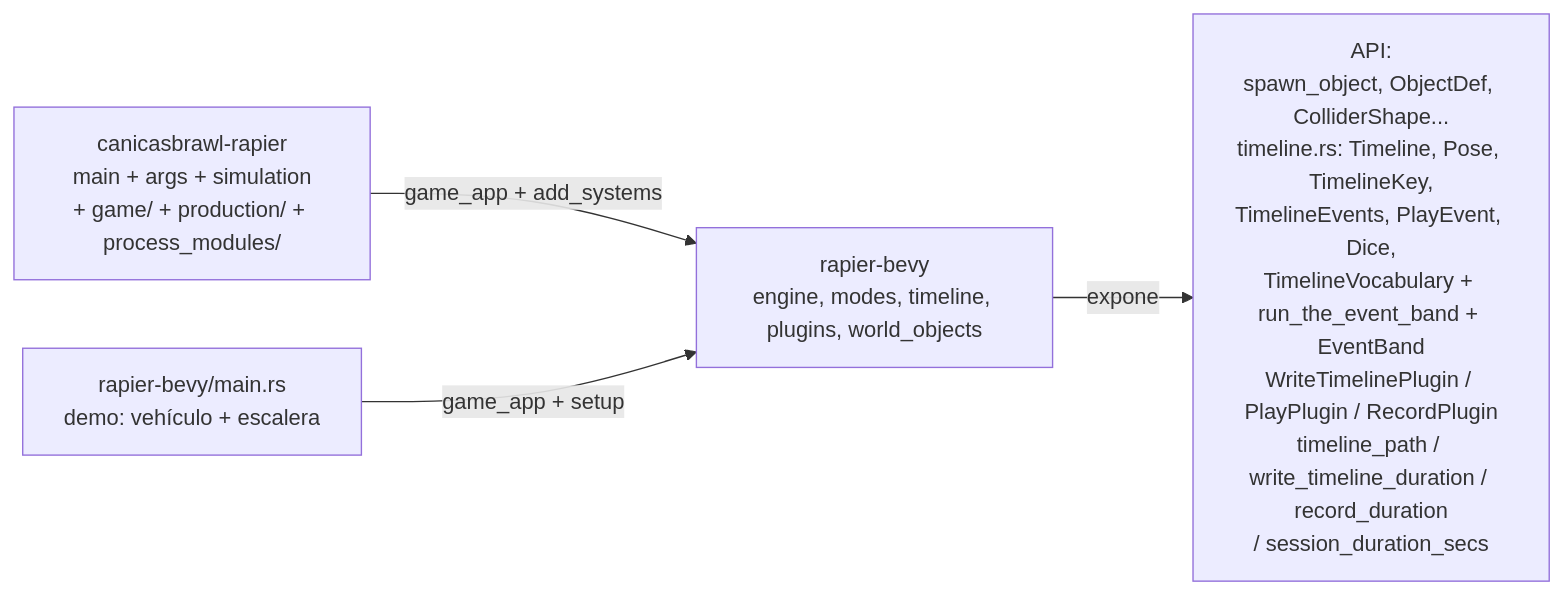
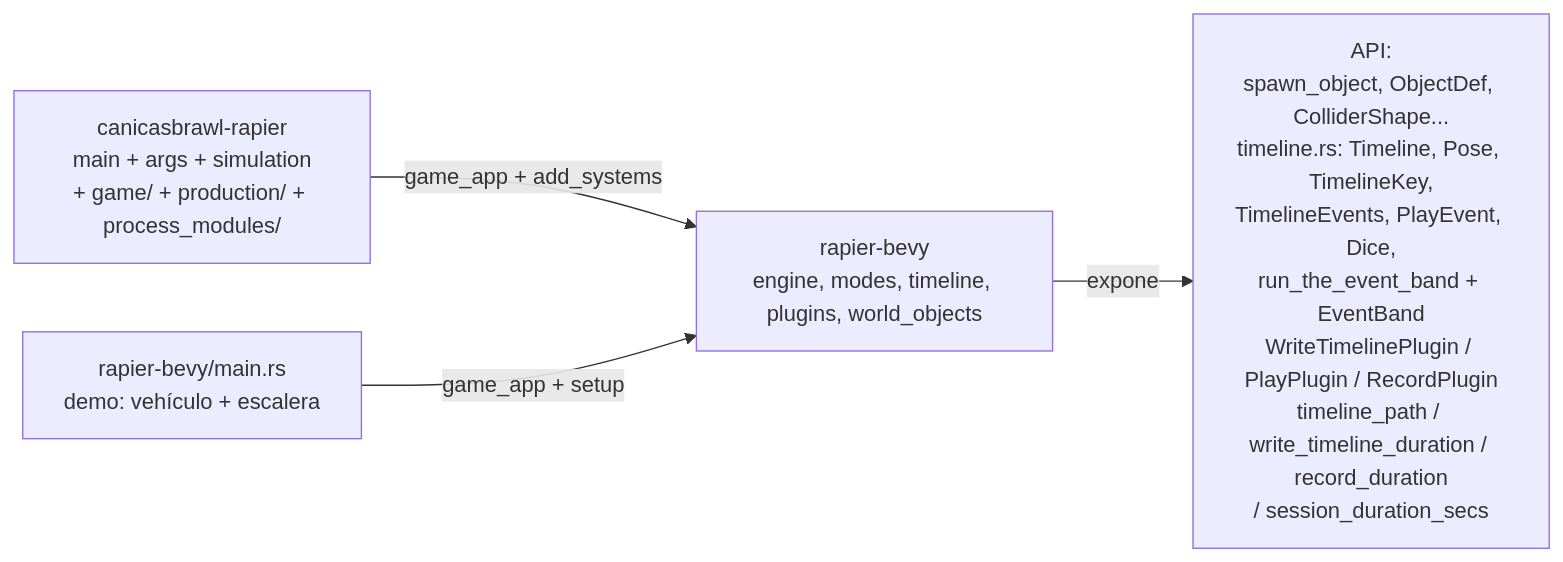
The second of 5 diagrams in docs/flow.md (jesusgomeznuz/canicasbrawl-rapier), drawn with Mermaid before and after one commit. The commit also changed other lines of this file and 3 other files, not shown here.

````diff
--- a/docs/flow.md
+++ b/docs/flow.md
@@ -33,6 +33,6 @@
 ```mermaid
 flowchart LR
     Game["canicasbrawl-rapier<br/>main + args + simulation<br/>+ game/ + production/ + process_modules/"] -->|game_app + add_systems| Engine
-    Engine["rapier-bevy<br/>engine, modes, timeline, plugins, world_objects"] -->|expone| API["API:<br/>spawn_object, ObjectDef, ColliderShape...<br/>timeline.rs: Timeline, Pose, TimelineKey,<br/>TimelineEvents, PlayEvent, Dice,<br/>TimelineVocabulary + run_the_event_band + EventBand<br/>WriteTimelinePlugin / PlayPlugin / RecordPlugin<br/>timeline_path / write_timeline_duration / record_duration<br/>/ session_duration_secs"]
+    Engine["rapier-bevy<br/>engine, modes, timeline, plugins, world_objects"] -->|expone| API["API:<br/>spawn_object, ObjectDef, ColliderShape...<br/>timeline.rs: Timeline, Pose, TimelineKey,<br/>TimelineEvents, PlayEvent, Dice,<br/>run_the_event_band + EventBand<br/>WriteTimelinePlugin / PlayPlugin / RecordPlugin<br/>timeline_path / write_timeline_duration / record_duration<br/>/ session_duration_secs"]
     Demo["rapier-bevy/main.rs<br/>demo: vehículo + escalera"] -->|game_app + setup| Engine
 ```
````
